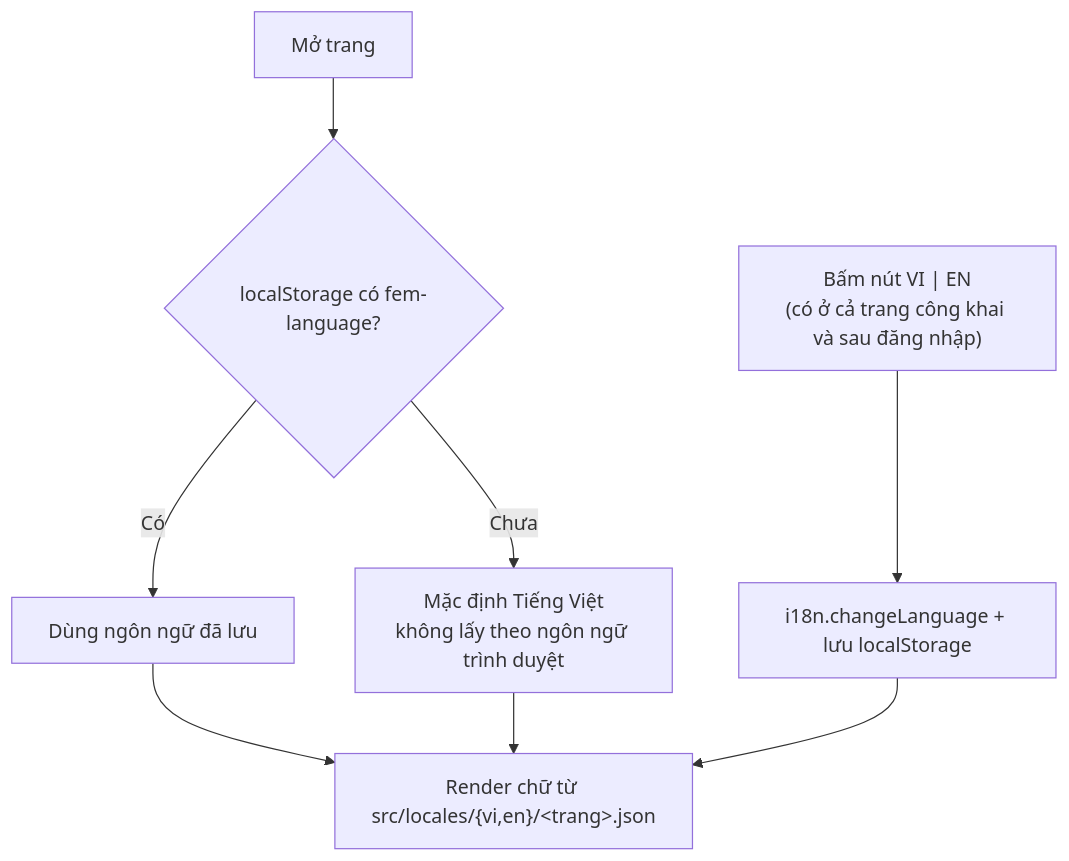
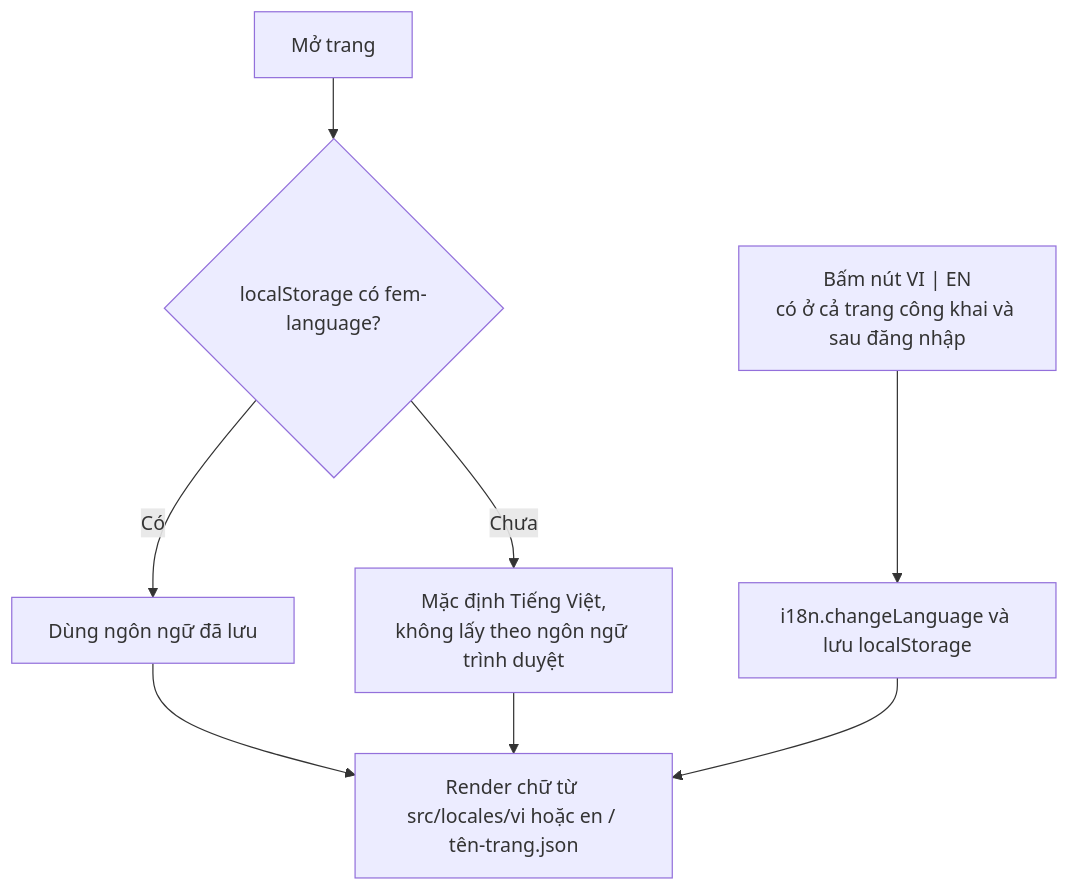
Diagram 20 of 33 in README.md (boyquynhluu/family-expense-manager), drawn with Mermaid before and after one commit. The commit also changed other lines of this file and 1 other file, not shown here.

````diff
--- a/README.md
+++ b/README.md
@@ -676,10 +620,10 @@
 ```mermaid
 flowchart TD
     A["Mở trang"] --> B{"localStorage có fem-language?"}
     B -- "Có" --> C["Dùng ngôn ngữ đã lưu"]
-    B -- "Chưa" --> D["Mặc định Tiếng Việt<br/>không lấy theo ngôn ngữ trình duyệt"]
-    C --> R["Render chữ từ src/locales/{vi,en}/&lt;trang&gt;.json"]
+    B -- "Chưa" --> D["Mặc định Tiếng Việt,<br/>không lấy theo ngôn ngữ trình duyệt"]
+    C --> R["Render chữ từ src/locales/vi hoặc en / tên-trang.json"]
     D --> R
-    S["Bấm nút VI | EN<br/>(có ở cả trang công khai và sau đăng nhập)"] --> W["i18n.changeLanguage + lưu localStorage"]
+    S["Bấm nút VI | EN<br/>có ở cả trang công khai và sau đăng nhập"] --> W["i18n.changeLanguage và lưu localStorage"]
     W --> R
 ```
````
